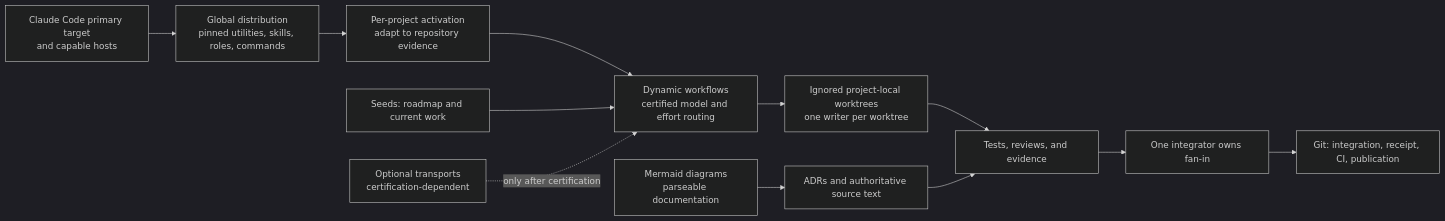
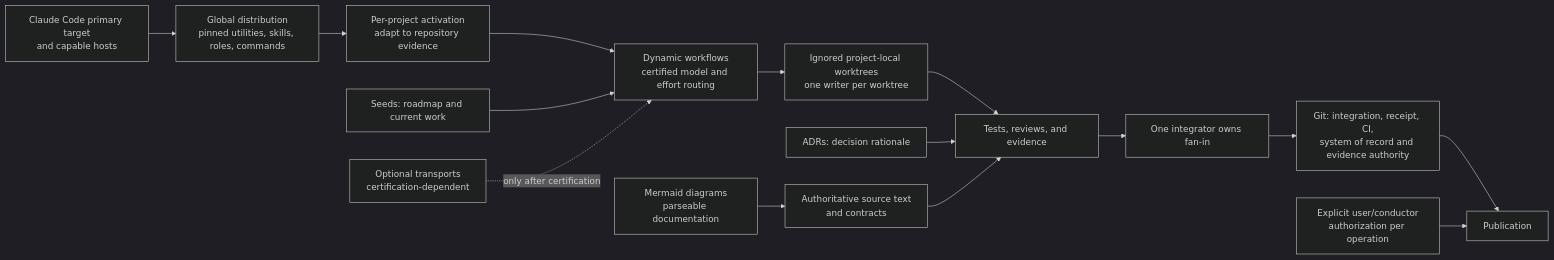
Before and after one commit to Codeseys-Labs/agentic-sdlc: the diagram in VISION.md, drawn with Mermaid (dark theme). The commit also changed other lines of this file, not shown here.

Commit message:
docs: clarify vision authority boundaries
Clarify Git evidence authority, bounded workflow scaling, and ADR/source boundaries.

````diff
--- a/VISION.md
+++ b/VISION.md
@@ -5,14 +5,17 @@
 ```mermaid
 flowchart LR
     H[Claude Code primary target\nand capable hosts] --> D[Global distribution\npinned utilities, skills, roles, commands]
     D --> A[Per-project activation\nadapt to repository evidence]
     A --> W[Dynamic workflows\ncertified model and effort routing]
     W --> T[Ignored project-local worktrees\none writer per worktree]
     T --> E[Tests, reviews, and evidence]
     E --> I[One integrator owns fan-in]
     S[Seeds: roadmap and current work] --> W
-    R[ADRs and authoritative source text] --> E
+    ADR[ADRs: decision rationale] --> E
+    R[Authoritative source text\nand contracts] --> E
     M[Mermaid diagrams\nparseable documentation] --> R
     O[Optional transports\ncertification-dependent] -. only after certification .-> W
-    I --> G[Git: integration, receipt, CI, publication]
+    I --> G[Git: integration, receipt, CI,\nsystem of record and evidence authority]
+    G --> P[Publication]
+    U[Explicit user/conductor\nauthorization per operation] --> P
 ```
````
